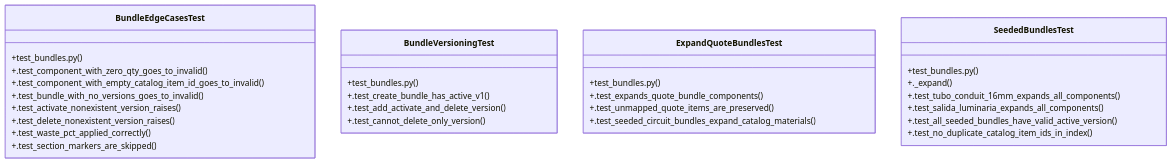
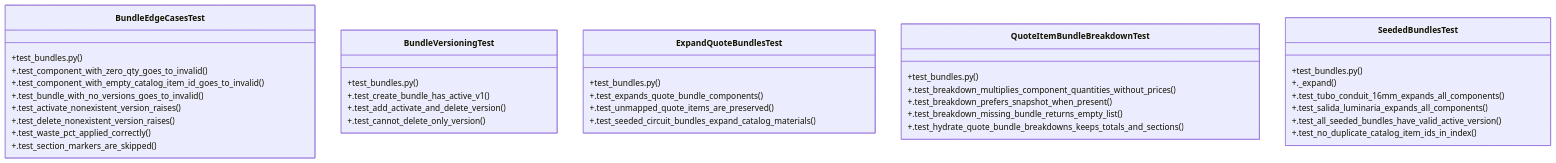
One commit to Daftrick/ProjectTracker changed the diagram in graphify-out/wiki/Community_6.md. Above: the diagram before and after it, drawn with Mermaid. The commit also changed other lines of this file and 373 other files, not shown here.

Commit message:
feat: multiple quote templates and bundle breakdown

````diff
--- a/graphify-out/wiki/Community_6.md
+++ b/graphify-out/wiki/Community_6.md
@@ -36,33 +36,40 @@
 ```mermaid
 classDiagram
     class BundleEdgeCasesTest {
         +test_bundles.py()
         +.test_component_with_zero_qty_goes_to_invalid()
         +.test_component_with_empty_catalog_item_id_goes_to_invalid()
         +.test_bundle_with_no_versions_goes_to_invalid()
         +.test_activate_nonexistent_version_raises()
         +.test_delete_nonexistent_version_raises()
         +.test_waste_pct_applied_correctly()
         +.test_section_markers_are_skipped()
     }
     class BundleVersioningTest {
         +test_bundles.py()
         +.test_create_bundle_has_active_v1()
         +.test_add_activate_and_delete_version()
         +.test_cannot_delete_only_version()
     }
     class ExpandQuoteBundlesTest {
         +test_bundles.py()
         +.test_expands_quote_bundle_components()
         +.test_unmapped_quote_items_are_preserved()
         +.test_seeded_circuit_bundles_expand_catalog_materials()
     }
+    class QuoteItemBundleBreakdownTest {
+        +test_bundles.py()
+        +.test_breakdown_multiplies_component_quantities_without_prices()
+        +.test_breakdown_prefers_snapshot_when_present()
+        +.test_breakdown_missing_bundle_returns_empty_list()
+        +.test_hydrate_quote_bundle_breakdowns_keeps_totals_and_sections()
+    }
     class SeededBundlesTest {
         +test_bundles.py()
         +._expand()
         +.test_tubo_conduit_16mm_expands_all_components()
         +.test_salida_luminaria_expands_all_components()
         +.test_all_seeded_bundles_have_valid_active_version()
         +.test_no_duplicate_catalog_item_ids_in_index()
     }
 ```
````
